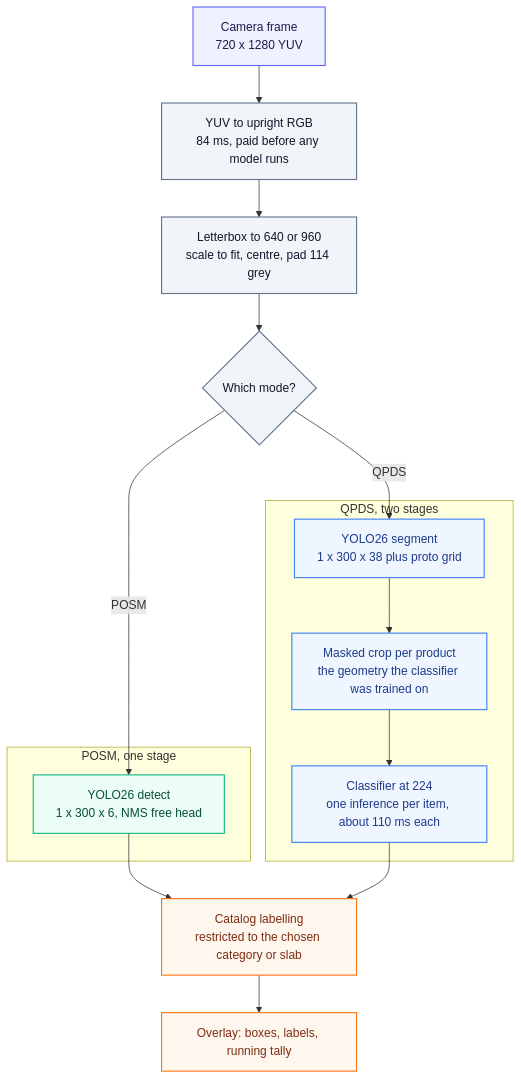
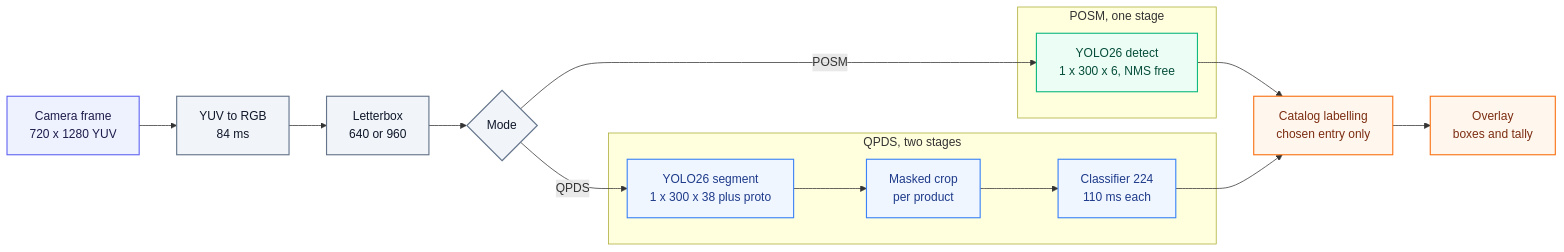
The diagram in README.md (atikulmunna/localvision), drawn with Mermaid before and after one commit.

Commit message:
README update

````diff
--- a/README.md
+++ b/README.md
@@ -87,40 +87,40 @@
 ```mermaid
-flowchart TD
+flowchart LR
     CAM["Camera frame<br/>720 x 1280 YUV"]
-    RGB["YUV to upright RGB<br/>84 ms, paid before any model runs"]
-    LB["Letterbox to 640 or 960<br/>scale to fit, centre, pad 114 grey"]
-    MODE{"Which mode?"}
+    RGB["YUV to RGB<br/>84 ms"]
+    LB["Letterbox<br/>640 or 960"]
+    MODE{"Mode"}
 
     subgraph posmStage ["POSM, one stage"]
-        DET["YOLO26 detect<br/>1 x 300 x 6, NMS free head"]
+        DET["YOLO26 detect<br/>1 x 300 x 6, NMS free"]
     end
 
     subgraph qpdsStage ["QPDS, two stages"]
-        SEG["YOLO26 segment<br/>1 x 300 x 38 plus proto grid"]
-        CROP["Masked crop per product<br/>the geometry the classifier was trained on"]
-        CLSF["Classifier at 224<br/>one inference per item, about 110 ms each"]
+        SEG["YOLO26 segment<br/>1 x 300 x 38 plus proto"]
+        CROP["Masked crop<br/>per product"]
+        CLSF["Classifier 224<br/>110 ms each"]
         SEG --> CROP --> CLSF
     end
 
-    LBL["Catalog labelling<br/>restricted to the chosen category or slab"]
-    OUT["Overlay: boxes, labels, running tally"]
+    LBL["Catalog labelling<br/>chosen entry only"]
+    OUT["Overlay<br/>boxes and tally"]
 
     CAM --> RGB --> LB --> MODE
     MODE -->|POSM| DET
     MODE -->|QPDS| SEG
     DET --> LBL
     CLSF --> LBL
     LBL --> OUT
 
     classDef source fill:#eef2ff,stroke:#6366f1,stroke-width:1.5px,color:#1e1b4b
     classDef prep fill:#f1f5f9,stroke:#64748b,stroke-width:1.5px,color:#0f172a
     classDef posmNode fill:#ecfdf5,stroke:#10b981,stroke-width:1.5px,color:#064e3b
     classDef qpdsNode fill:#eff6ff,stroke:#3b82f6,stroke-width:1.5px,color:#1e3a8a
     classDef sink fill:#fff7ed,stroke:#f97316,stroke-width:1.5px,color:#7c2d12
 
     class CAM source
     class RGB,LB,MODE prep
     class DET posmNode
     class SEG,CROP,CLSF qpdsNode
     class LBL,OUT sink
 ```
````
